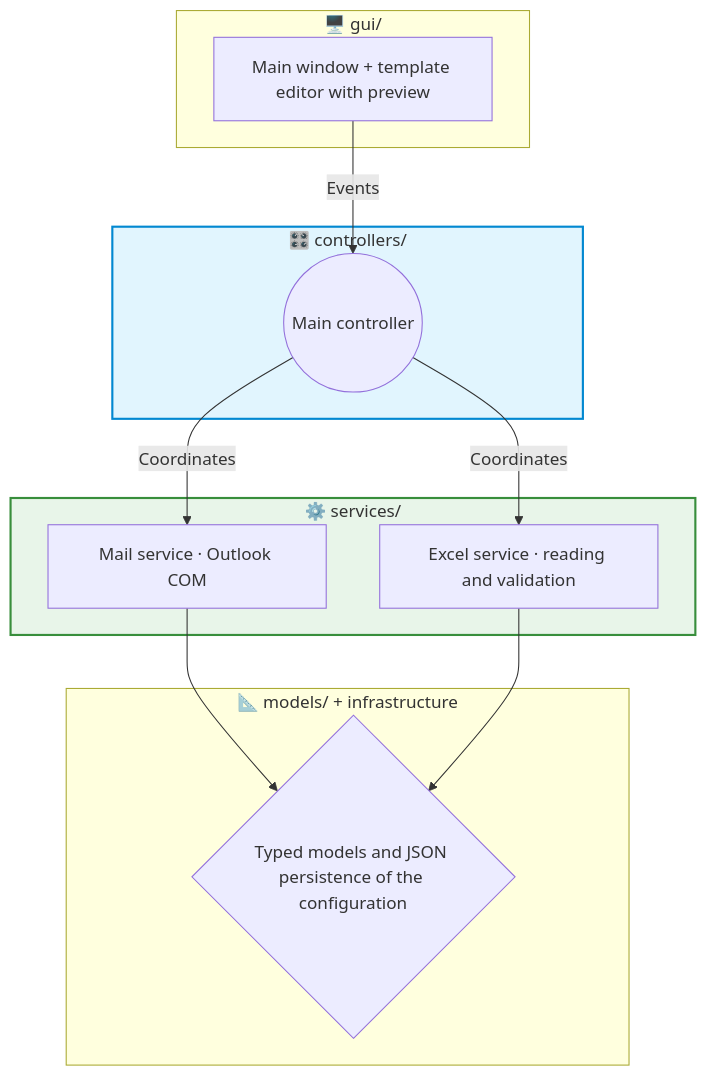
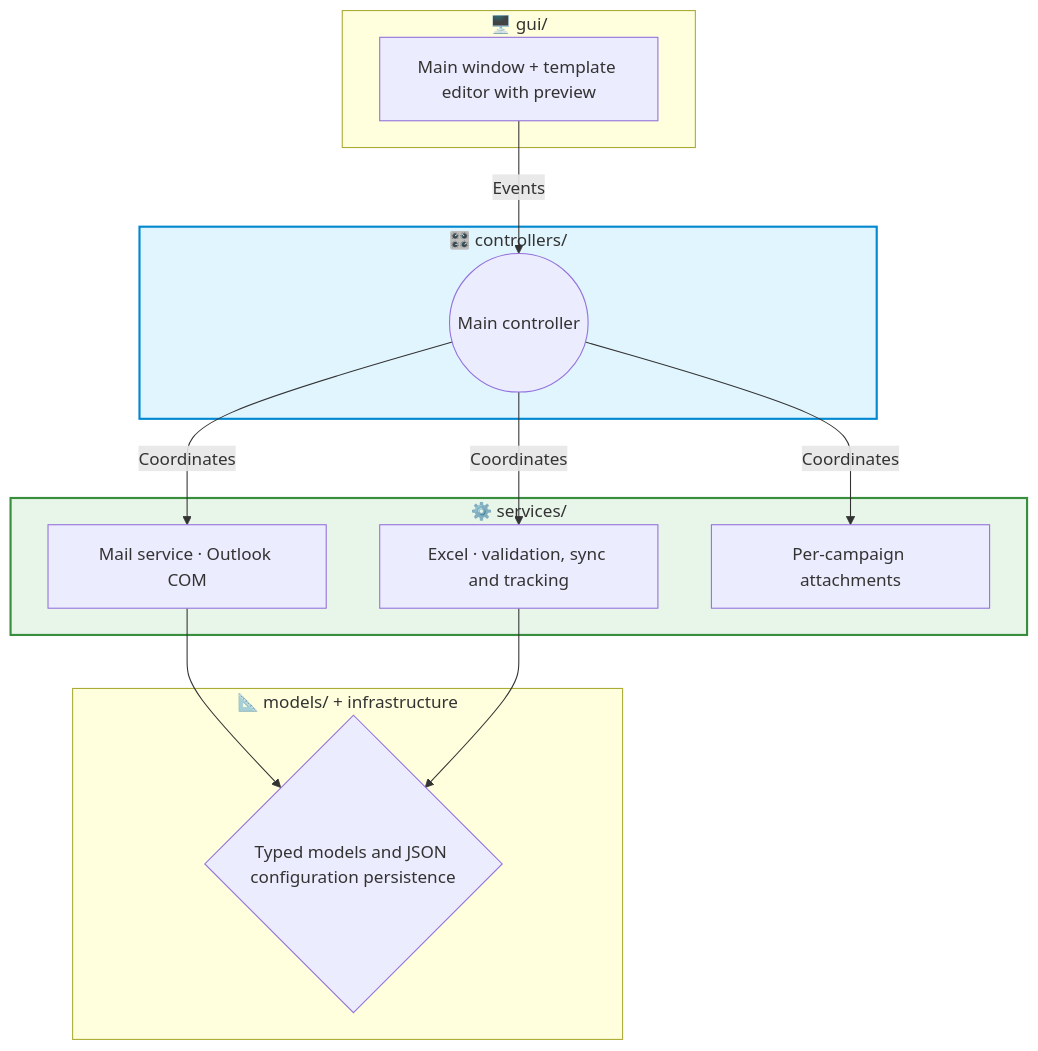
The second of 2 diagrams in README.md (ivanher97/Email_Auto_CTIngenieros), drawn with Mermaid before and after one commit. The commit also changed other lines of this file, not shown here.

````diff
--- a/README.md
+++ b/README.md
@@ -44,28 +51,30 @@
 ```mermaid
 graph TD
     subgraph presentacion [🖥️ gui/]
         UI[Main window + template editor with preview]
     end
 
     subgraph orquestacion [🎛️ controllers/]
         C((Main controller))
     end
 
     subgraph negocio [⚙️ services/]
         S1[Mail service · Outlook COM]
-        S2[Excel service · reading and validation]
+        S2[Excel · validation, sync and tracking]
+        S3[Per-campaign attachments]
     end
 
     subgraph datos [📐 models/ + infrastructure]
-        M{Typed models and JSON persistence of the configuration}
+        M{Typed models and JSON configuration persistence}
     end
 
     UI -->|Events| C
     C -->|Coordinates| S1
     C -->|Coordinates| S2
+    C -->|Coordinates| S3
     S1 --> M
     S2 --> M
 
     style orquestacion fill:#e1f5fe,stroke:#0288d1,stroke-width:2px
     style negocio fill:#e8f5e9,stroke:#388e3c,stroke-width:2px
 ```
````
